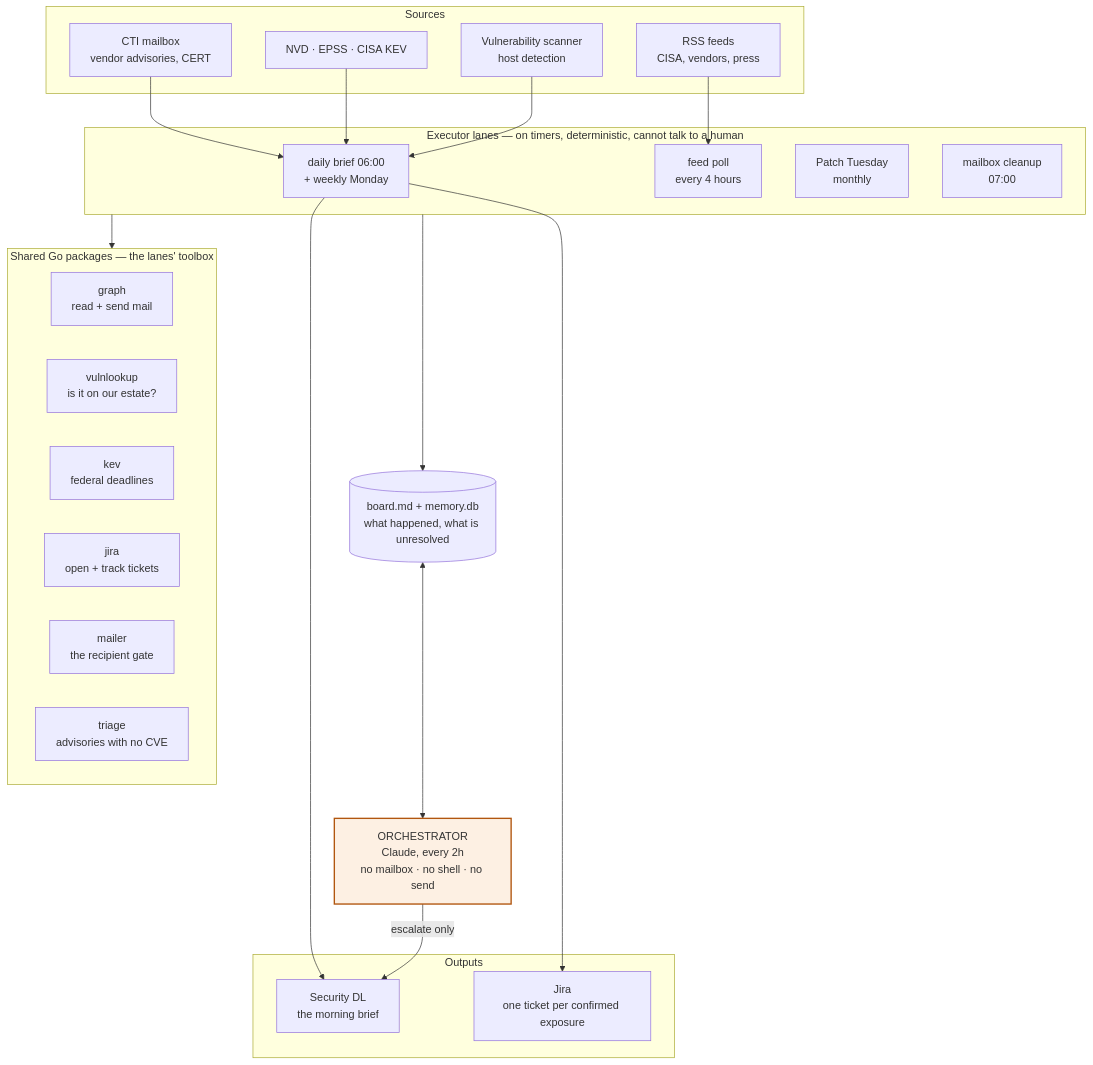
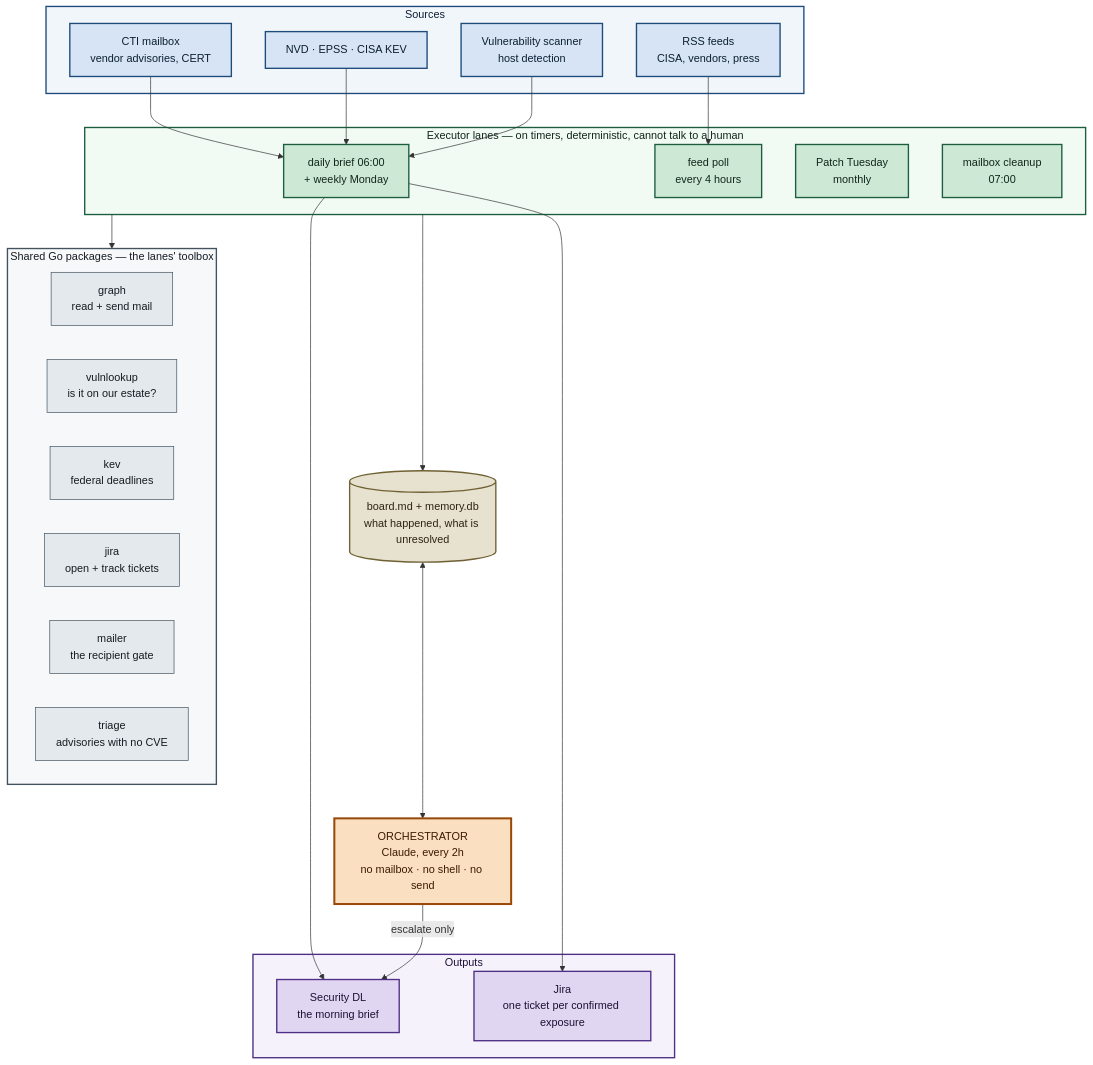
One commit to zany2dmax/cti-agent changed the second of 2 diagrams in ARCHITECTURE.md. Above: the diagram before and after it, drawn with Mermaid. The commit also changed other lines of this file, not shown here.

Commit message:
docs: make the diagrams readable in dark mode
I set pale fills on the styled nodes and left the text colour to the
theme. GitHub's dark theme then drew white text on a pale box, so every
node I had bothered to style was the one that became unreadable, and the
nodes I left alone were fine.

Now nothing is left to the theme. Every node carries a class, every
class declares fill, stroke AND color, and both diagrams' subgraphs are
styled too. Checked by computing the actual WCAG contrast of each
fill/text pair rather than by looking at it in one theme: the lowest is
11.8:1 against a 4.5:1 requirement.

Also replaced the literal em dashes in the subgraph titles with &mdash;,
since Mermaid label parsing is unpredictable with them.

````diff
--- a/ARCHITECTURE.md
+++ b/ARCHITECTURE.md
@@ -104,48 +111,63 @@
 ```mermaid
 flowchart TB
     subgraph SRC["Sources"]
         MBX["CTI mailbox<br/>vendor advisories, CERT"]
         FEEDS["RSS feeds<br/>CISA, vendors, press"]
         NVD["NVD · EPSS · CISA KEV"]
         QUALYS["Vulnerability scanner<br/>host detection"]
     end
 
     subgraph LANES["Executor lanes — on timers, deterministic, cannot talk to a human"]
         DIGEST["daily brief 06:00<br/>+ weekly Monday"]
         SCOUT["feed poll<br/>every 4 hours"]
         PT["Patch Tuesday<br/>monthly"]
         CLEAN["mailbox cleanup<br/>07:00"]
     end
 
     subgraph GO["Shared Go packages — the lanes' toolbox"]
         direction LR
         P1["graph<br/>read + send mail"]
         P2["vulnlookup<br/>is it on our estate?"]
         P3["kev<br/>federal deadlines"]
         P4["jira<br/>open + track tickets"]
         P5["mailer<br/>the recipient gate"]
         P6["triage<br/>advisories with no CVE"]
     end
 
     subgraph OUT["Outputs"]
         EMAIL["Security DL<br/>the morning brief"]
         TICKET["Jira<br/>one ticket per confirmed exposure"]
     end
 
     ORCH2["ORCHESTRATOR<br/>Claude, every 2h<br/>no mailbox · no shell · no send"]
     STATE[("board.md + memory.db<br/>what happened, what is unresolved")]
 
     MBX --> DIGEST
     FEEDS --> SCOUT
     NVD --> DIGEST
     QUALYS --> DIGEST
     LANES --> GO
     DIGEST --> EMAIL
     DIGEST --> TICKET
     LANES --> STATE
     STATE <--> ORCH2
     ORCH2 -->|"escalate only"| EMAIL
 
-    classDef orch fill:#fdf0e3,stroke:#b1560f,stroke-width:2px
+    %% Same reasoning as the first diagram: no node is left to the theme.
+    classDef source fill:#d6e4f5,stroke:#1f4b7a,stroke-width:2px,color:#0d1f33
+    classDef lane   fill:#cde9d5,stroke:#1b5e3f,stroke-width:2px,color:#10261b
+    classDef pkg    fill:#e4e9ee,stroke:#44525e,stroke-width:1px,color:#161c22
+    classDef out    fill:#e0d6f2,stroke:#4e2f85,stroke-width:2px,color:#1d1133
+    classDef orch   fill:#fadfc0,stroke:#9a4a08,stroke-width:3px,color:#3a1c02
+    classDef store  fill:#e7e1cf,stroke:#6f6134,stroke-width:2px,color:#2a2410
+    class MBX,FEEDS,NVD,QUALYS source
+    class DIGEST,SCOUT,PT,CLEAN lane
+    class P1,P2,P3,P4,P5,P6 pkg
+    class EMAIL,TICKET out
     class ORCH2 orch
+    class STATE store
+    style SRC   fill:#f1f6fb,stroke:#1f4b7a,stroke-width:2px,color:#0d1f33
+    style LANES fill:#f2faf4,stroke:#1b5e3f,stroke-width:2px,color:#10261b
+    style GO    fill:#f6f8fa,stroke:#44525e,stroke-width:2px,color:#161c22
+    style OUT   fill:#f6f2fc,stroke:#4e2f85,stroke-width:2px,color:#1d1133
 ```
````
